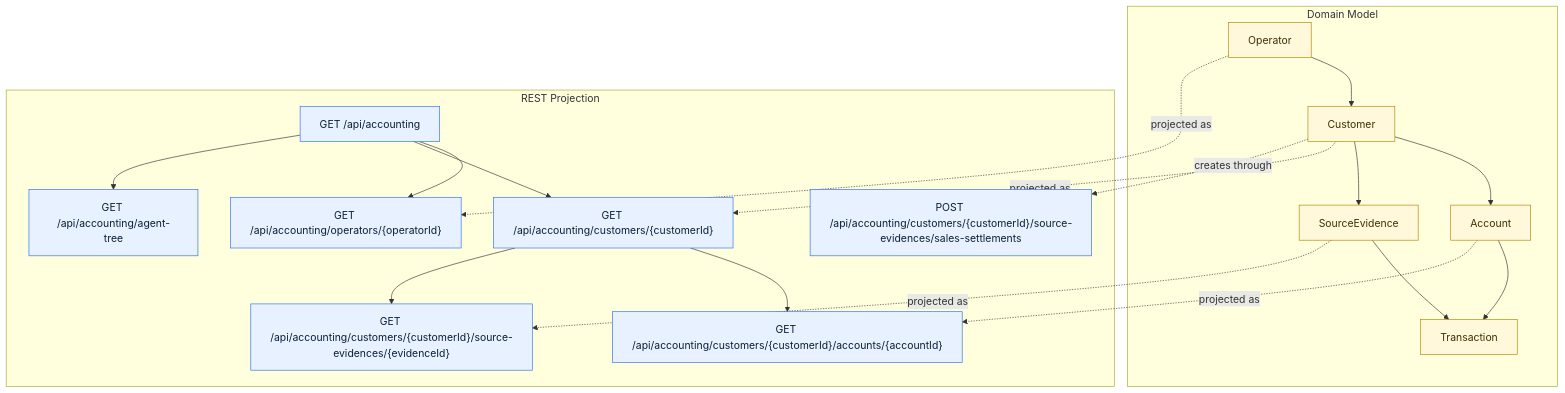
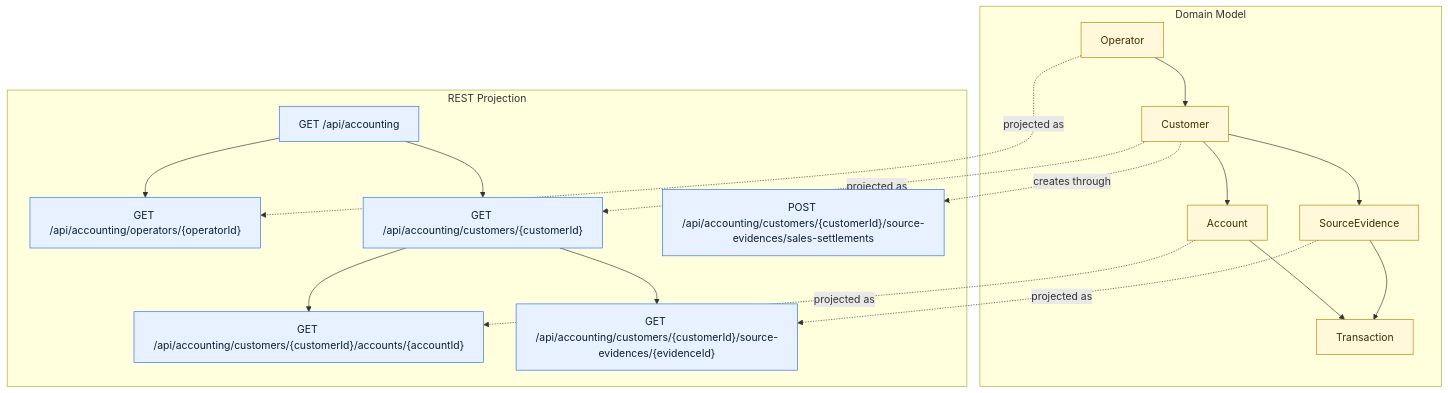
The third of 3 diagrams in README.md (JayClock/smart-domain), drawn with Mermaid before and after one commit. The commit also changed other lines of this file and 90 other files, not shown here.

````diff
--- a/README.md
+++ b/README.md
@@ -243,42 +244,40 @@
 ```mermaid
 flowchart TB
   subgraph Domain["Domain Model"]
     Operator[Operator]
     Customer[Customer]
     Account[Account]
     SourceEvidence[SourceEvidence]
     Transaction[Transaction]
 
     Operator --> Customer
     Customer --> Account
     Customer --> SourceEvidence
     Account --> Transaction
     SourceEvidence --> Transaction
   end
 
   subgraph Api["REST Projection"]
     Root["GET /api/accounting"]
     Operators["GET /api/accounting/operators/{operatorId}"]
     Customers["GET /api/accounting/customers/{customerId}"]
     Accounts["GET /api/accounting/customers/{customerId}/accounts/{accountId}"]
     Evidences["GET /api/accounting/customers/{customerId}/source-evidences/{evidenceId}"]
     CreateSettlement["POST /api/accounting/customers/{customerId}/source-evidences/sales-settlements"]
-    AgentTree["GET /api/accounting/agent-tree"]
   end
 
   Operator -.projected as.-> Operators
   Customer -.projected as.-> Customers
   Account -.projected as.-> Accounts
   SourceEvidence -.projected as.-> Evidences
   Customer -.creates through.-> CreateSettlement
   Root --> Operators
   Root --> Customers
-  Root --> AgentTree
   Customers --> Accounts
   Customers --> Evidences
 
   classDef entity fill:#FFF8DB,stroke:#B08800,color:#3D2F00,stroke-width:1px;
   classDef api fill:#E8F1FF,stroke:#2F6FEB,color:#0B1F33,stroke-width:1px;
   class Operator,Customer,Account,SourceEvidence,Transaction entity;
-  class Root,Operators,Customers,Accounts,Evidences,CreateSettlement,AgentTree api;
+  class Root,Operators,Customers,Accounts,Evidences,CreateSettlement api;
 ```
````
